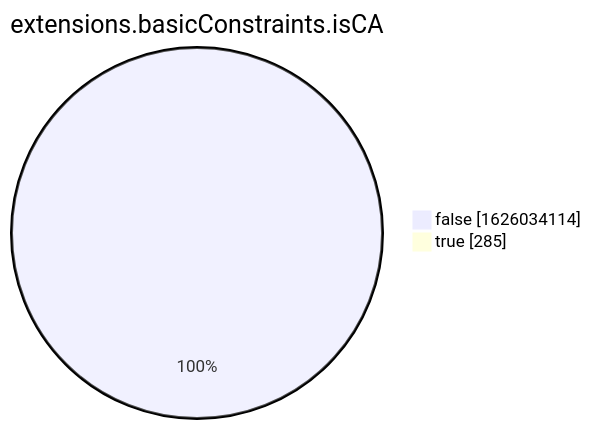
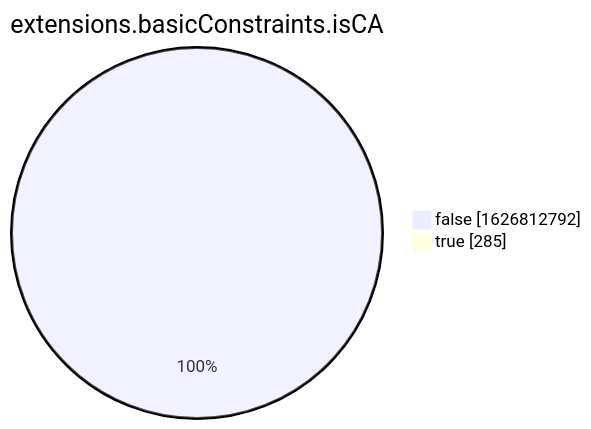
The eighth of 15 diagrams in xenon2022/README.md (christiankrug/ctmonitor_visualization), drawn with Mermaid before and after one commit. The commit also changed other lines of this file, not shown here.

````diff
--- a/xenon2022/README.md
+++ b/xenon2022/README.md
@@ -2863,6 +2863,6 @@
 ```mermaid
 pie showData
 title extensions.basicConstraints.isCA
-"false" :1626034114
+"false" :1626812792
 "true" :285
 ```
````
